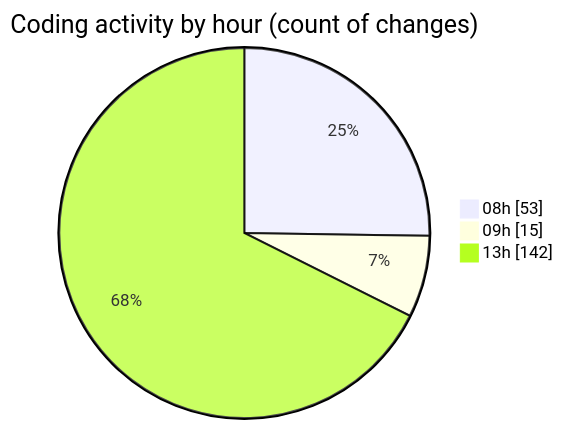
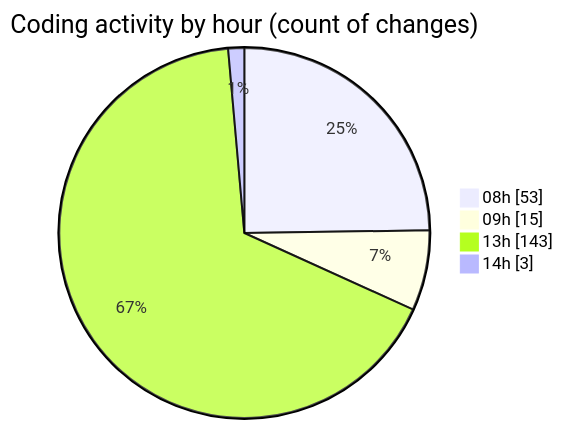
The second of 2 diagrams in 2026-05-01/cda/README.md (momahboobian/code-tracking), drawn with Mermaid before and after one commit. The commit also changed other lines of this file and 1 other file, not shown here.

````diff
--- a/2026-05-01/cda/README.md
+++ b/2026-05-01/cda/README.md
@@ -74,7 +74,8 @@
 ```mermaid
 pie showData
 title Coding activity by hour (count of changes)
 "08h" : 53
 "09h" : 15
-"13h" : 142
+"13h" : 143
+"14h" : 3
 ```
````
